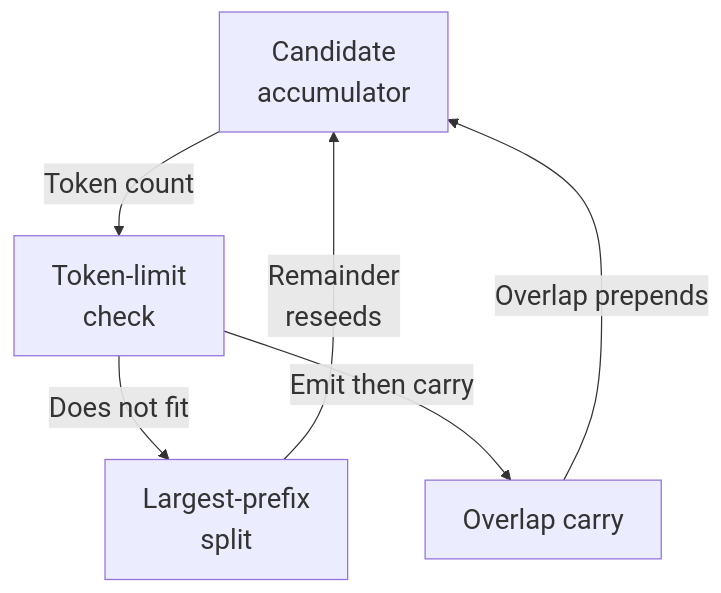
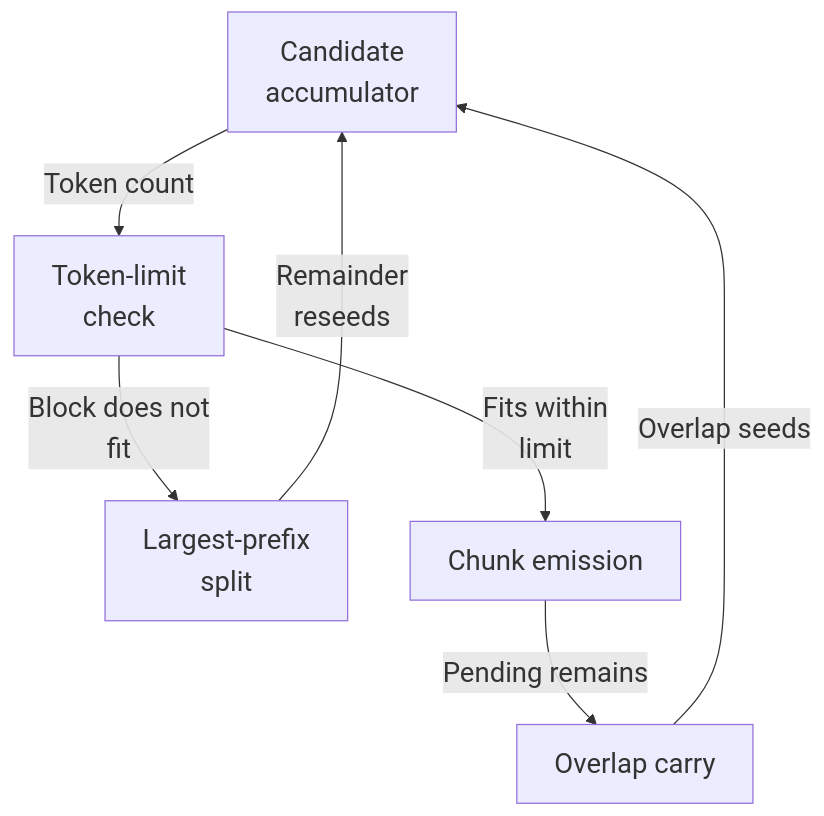
The diagram in maps/ingestion/diagram-03.mmd (Justin-Mendoza/Afterclass), drawn with Mermaid before and after one commit. The commit also changed 88 other files, not shown here.

```diff
--- a/maps/ingestion/diagram-03.mmd
+++ b/maps/ingestion/diagram-03.mmd
@@ -1,11 +1,13 @@
 %%{init: {"themeVariables": {"fontSize": "22px"}}}%%
 flowchart TD
   n0["Candidate<br/>accumulator"]
   n1["Token-limit<br/>check"]
   n2["Largest-prefix<br/>split"]
   n3["Overlap carry"]
+  n4["Chunk emission"]
   n0 -->|"Token count"| n1
-  n1 -->|"Does not fit"| n2
-  n1 -->|"Emit then carry"| n3
+  n1 -->|"Block does not<br/>fit"| n2
   n2 -->|"Remainder<br/>reseeds"| n0
-  n3 -->|"Overlap prepends"| n0
+  n1 -->|"Fits within<br/>limit"| n4
+  n4 -->|"Pending remains"| n3
+  n3 -->|"Overlap seeds"| n0
```
